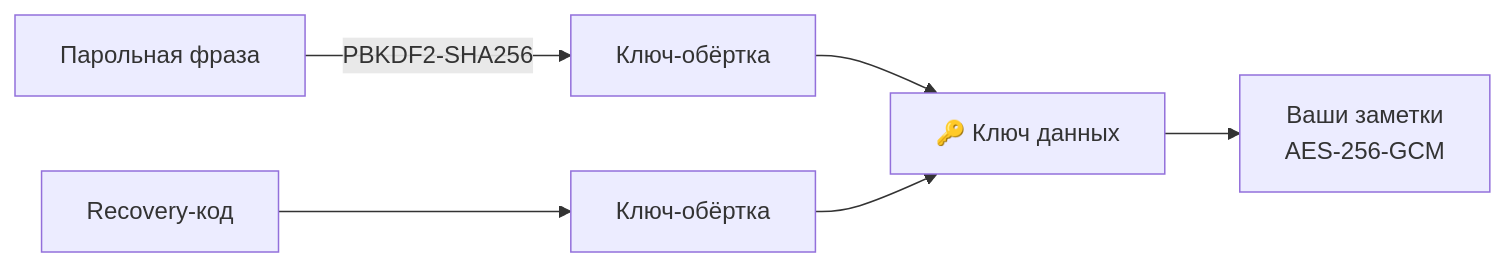
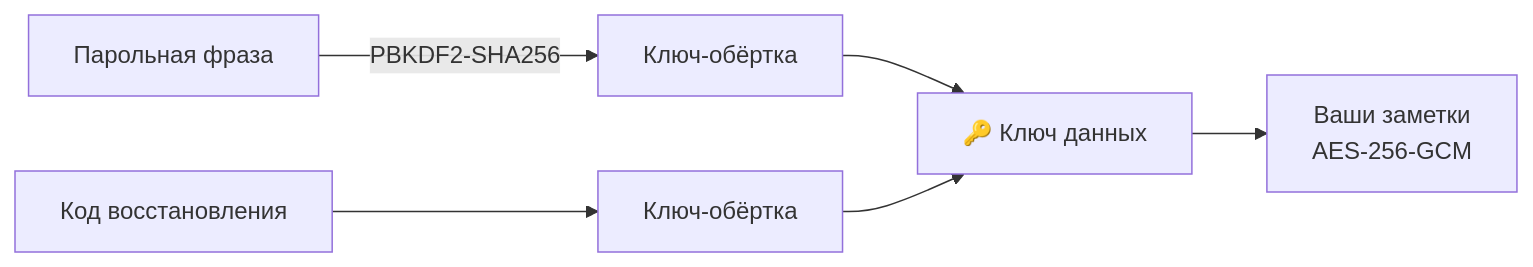
One commit to mihazzzold/karexo changed the diagram in docs/privacy-encryption.md. Above: the diagram before and after it, drawn with Mermaid. The commit also changed other lines of this file and 23 other files, not shown here.

````diff
--- a/docs/privacy-encryption.md
+++ b/docs/privacy-encryption.md
@@ -25,8 +29,8 @@
 ```mermaid
 flowchart LR
     P["Парольная фраза"] -->|PBKDF2-SHA256| K1["Ключ-обёртка"]
-    R["Recovery-код"] --> K2["Ключ-обёртка"]
+    R["Код восстановления"] --> K2["Ключ-обёртка"]
     K1 --> VK["🔑 Ключ данных"]
     K2 --> VK
     VK --> D["Ваши заметки<br/>AES-256-GCM"]
 ```
````
